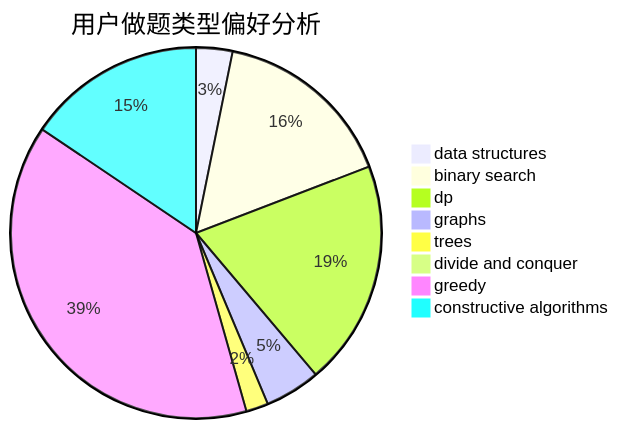
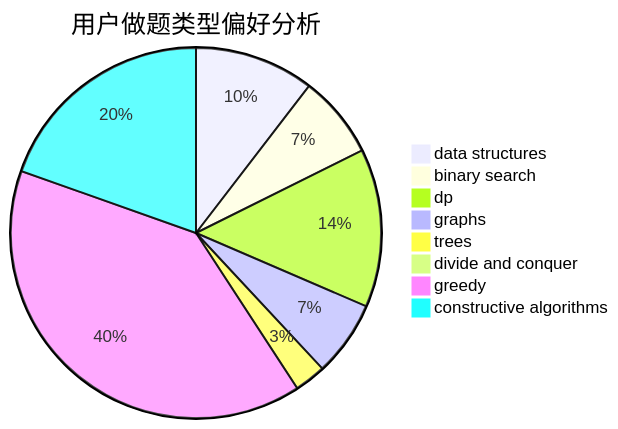
Before and after one commit to sherpahu/cfrs.github.io: the second of 3 diagrams in docs/user/u641.md, drawn with Mermaid. The commit also changed other lines of this file and 2770 other files, not shown here.

````diff
--- a/docs/user/u641.md
+++ b/docs/user/u641.md
@@ -23,11 +23,11 @@
 ```mermaid
 pie title 用户做题类型偏好分析
-    "data structures" :  59
-    "binary search" :  297
-    "dp" :  365
-    "graphs" :  90
-    "trees" :  36
-    "divide and conquer" :  15
-    "greedy" :  721
-    "constructive algorithms" :  289
+    "data structures" :  114
+    "binary search" :  79
+    "dp" :  151
+    "graphs" :  72
+    "trees" :  30
+    "divide and conquer" :  0
+    "greedy" :  433
+    "constructive algorithms" :  214
 ```
````
